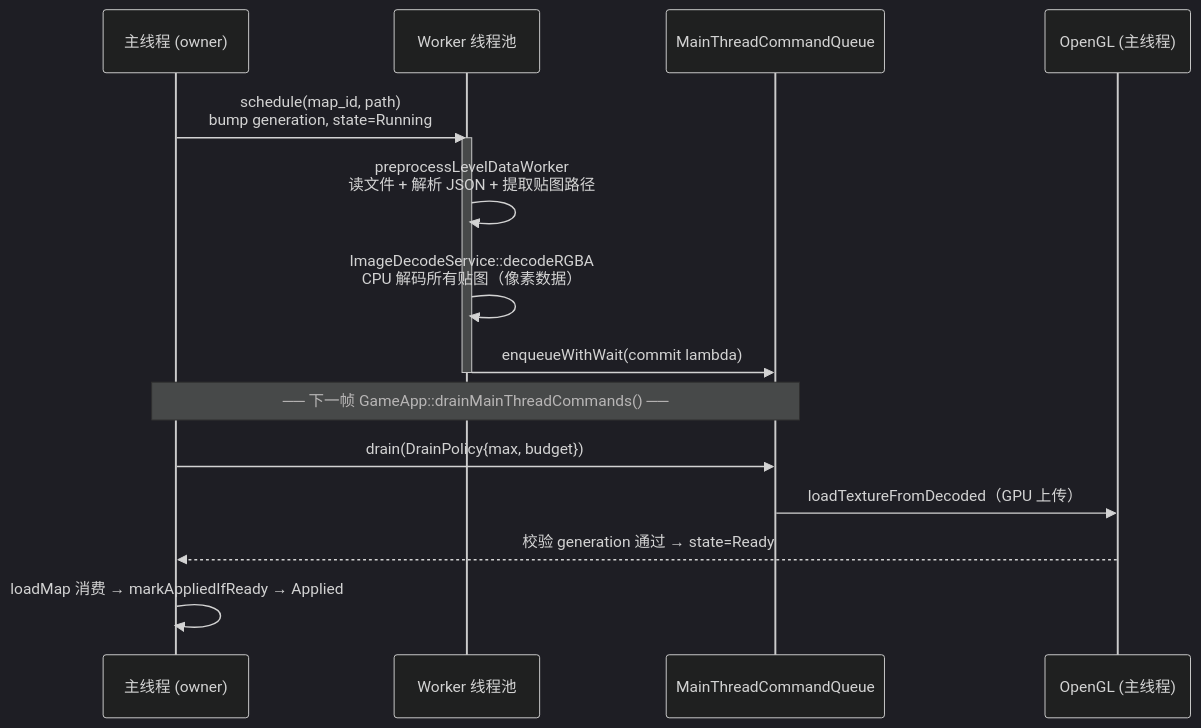
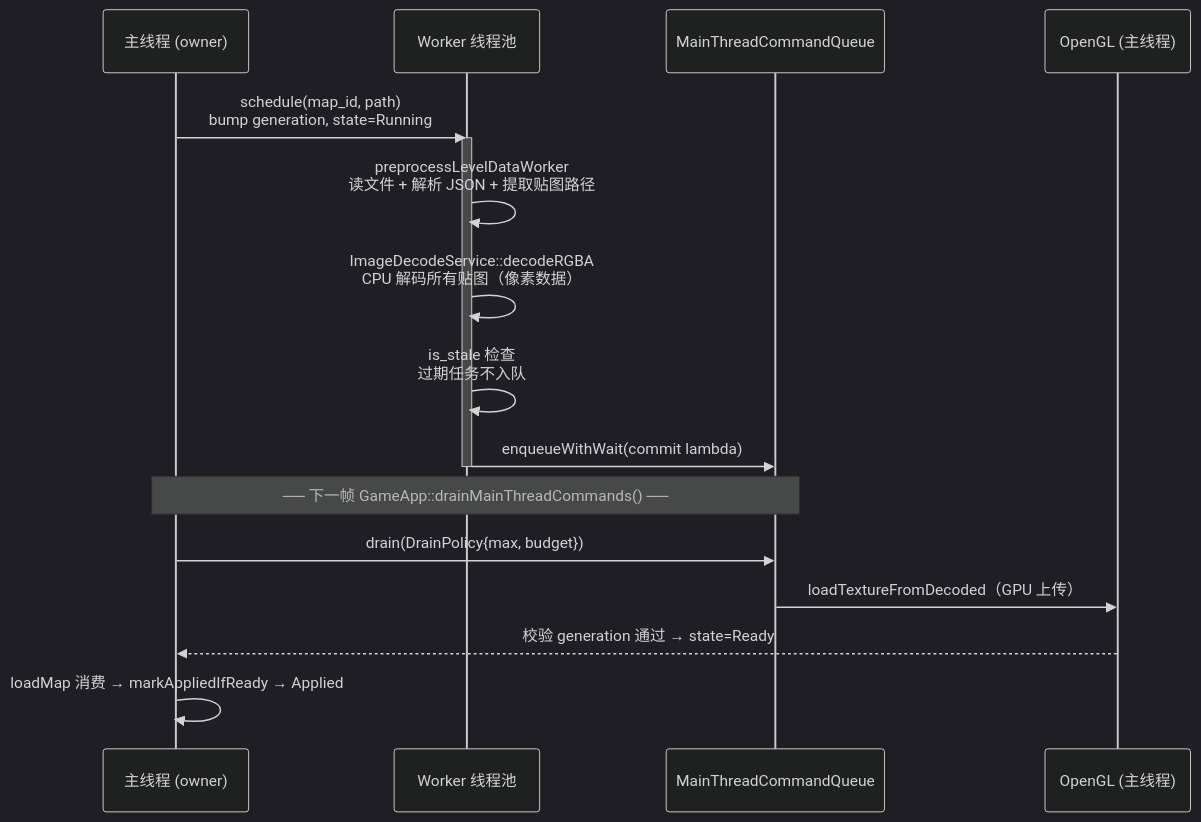
One commit to WispSnow/TinyFarmRPG changed the diagram in lecture_plans/lectures/24-异步地图预加载与主线程命令队列.md. Above: the diagram before and after it, drawn with Mermaid (dark theme). The commit also changed other lines of this file and 11 other files, not shown here.

````diff
--- a/lecture_plans/lectures/24-异步地图预加载与主线程命令队列.md
+++ b/lecture_plans/lectures/24-异步地图预加载与主线程命令队列.md
@@ -38,19 +38,20 @@
 ```mermaid
 sequenceDiagram
     participant MT as 主线程 (owner)
     participant TP as Worker 线程池
     participant MQ as MainThreadCommandQueue
     participant GPU as OpenGL (主线程)
 
     MT->>TP: schedule(map_id, path)<br/>bump generation, state=Running
     activate TP
     TP->>TP: preprocessLevelDataWorker<br/>读文件 + 解析 JSON + 提取贴图路径
     TP->>TP: ImageDecodeService::decodeRGBA<br/>CPU 解码所有贴图（像素数据）
+    TP->>TP: is_stale 检查<br/>过期任务不入队
     TP->>MQ: enqueueWithWait(commit lambda)
     deactivate TP
     Note over MT,MQ: ── 下一帧 GameApp::drainMainThreadCommands() ──
     MT->>MQ: drain(DrainPolicy{max, budget})
     MQ->>GPU: loadTextureFromDecoded（GPU 上传）
     GPU-->>MT: 校验 generation 通过 → state=Ready
     MT->>MT: loadMap 消费 → markAppliedIfReady → Applied
 ```
````
